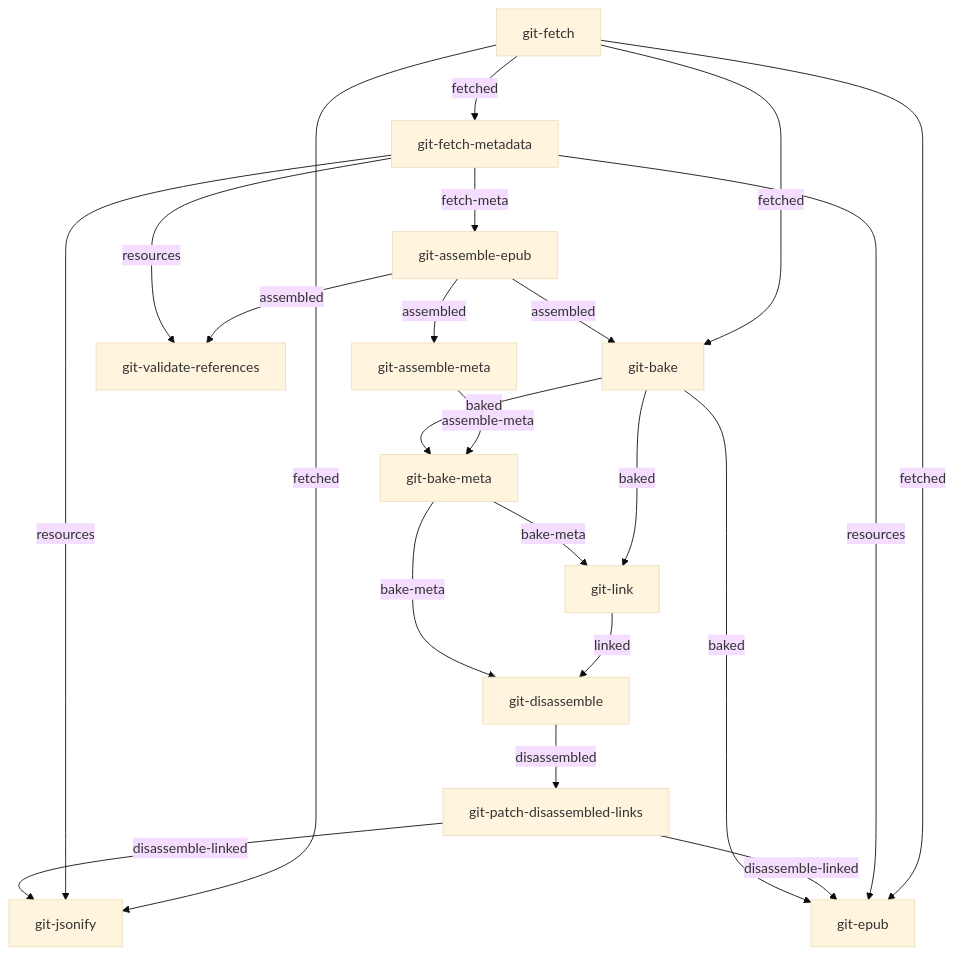
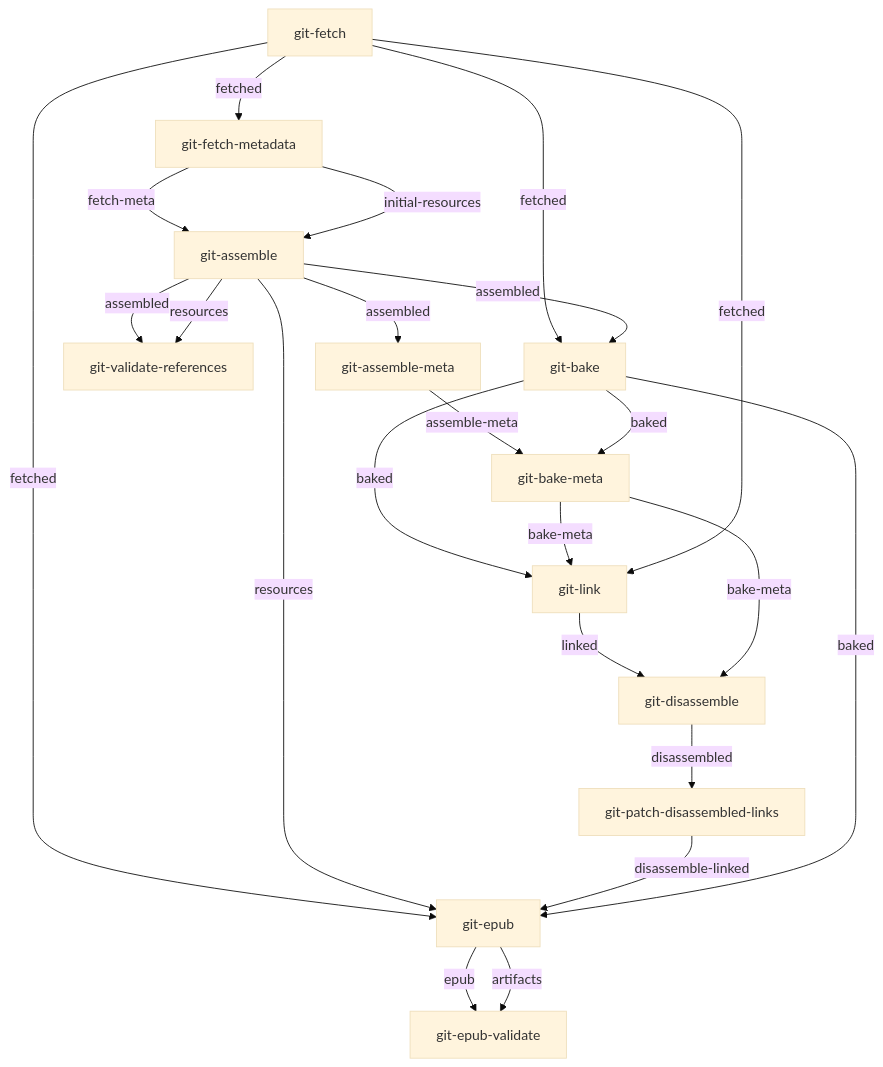
One commit to openstax/enki changed the third of 4 diagrams in build-concourse/graphs/README.md. Above: the diagram before and after it, drawn with Mermaid (base theme). The commit also changed other lines of this file and 74 other files, not shown here.

````diff
--- a/build-concourse/graphs/README.md
+++ b/build-concourse/graphs/README.md
@@ -66,24 +70,25 @@
 ```mermaid
 graph TB
     git-fetch -- fetched --> git-fetch-metadata
-    git-fetch-metadata -- fetch-meta --> git-assemble-epub
-    git-assemble-epub -- assembled --> git-assemble-meta
-    git-assemble-epub -- assembled --> git-validate-references
-    git-fetch-metadata -- resources --> git-validate-references
+    git-fetch-metadata -- fetch-meta --> git-assemble
+    git-fetch-metadata -- initial-resources --> git-assemble
+    git-assemble -- assembled --> git-assemble-meta
+    git-assemble -- assembled --> git-validate-references
+    git-assemble -- resources --> git-validate-references
     git-fetch -- fetched --> git-bake
-    git-assemble-epub -- assembled --> git-bake
+    git-assemble -- assembled --> git-bake
     git-assemble-meta -- assemble-meta --> git-bake-meta
     git-bake -- baked --> git-bake-meta
     git-bake -- baked --> git-link
     git-bake-meta -- bake-meta --> git-link
+    git-fetch -- fetched --> git-link
     git-link -- linked --> git-disassemble
     git-bake-meta -- bake-meta --> git-disassemble
     git-disassemble -- disassembled --> git-patch-disassembled-links
-    git-fetch -- fetched --> git-jsonify
-    git-fetch-metadata -- resources --> git-jsonify
-    git-patch-disassembled-links -- disassemble-linked --> git-jsonify
     git-fetch -- fetched --> git-epub
-    git-fetch-metadata -- resources --> git-epub
+    git-assemble -- resources --> git-epub
     git-patch-disassembled-links -- disassemble-linked --> git-epub
     git-bake -- baked --> git-epub
+    git-epub -- epub --> git-epub-validate
+    git-epub -- artifacts --> git-epub-validate
 ```
````
